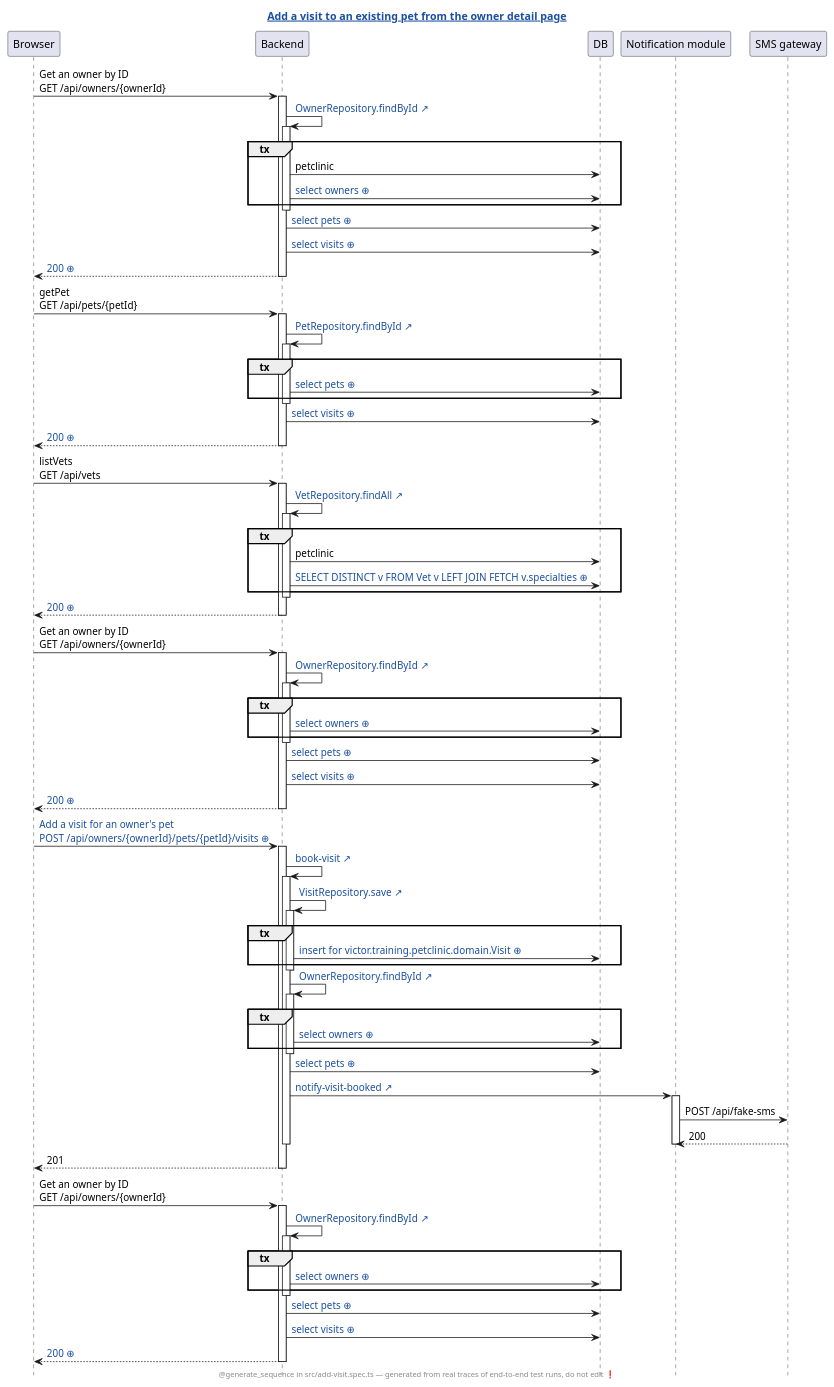
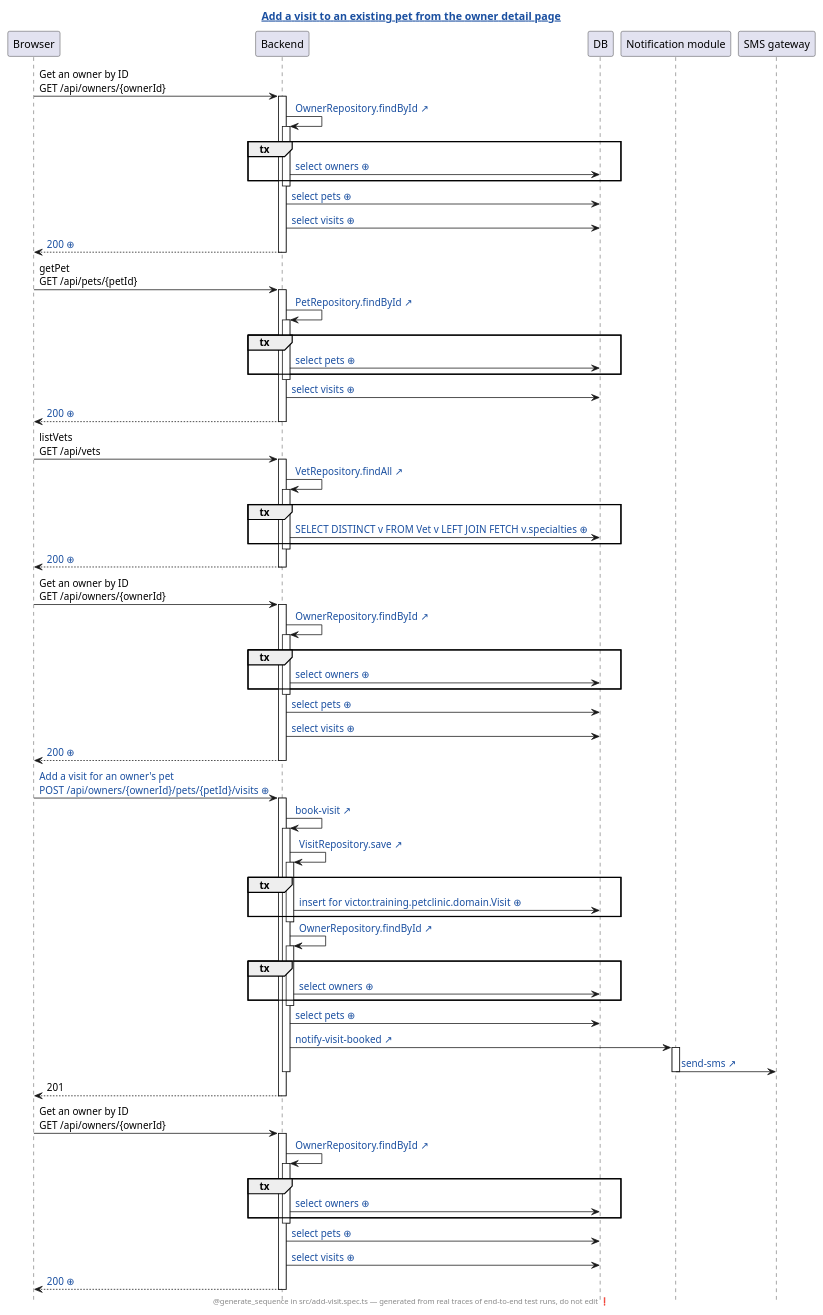
One commit to victorrentea/petclinic changed the diagram in petclinic-test/generated/add-visit.spec.ts.add-a-visit-to-an-existing-pet-from-the-owner-detail-page.genseq.puml. Above: the diagram before and after it, drawn with PlantUML. The commit also changed 9 other files, not shown here.

First line of the commit message:
Redraw the sequences without the empty JDBC arrows

```diff
--- a/petclinic-test/generated/add-visit.spec.ts.add-a-visit-to-an-existing-pet-from-the-owner-detail-page.genseq.puml
+++ b/petclinic-test/generated/add-visit.spec.ts.add-a-visit-to-an-existing-pet-from-the-owner-detail-page.genseq.puml
@@ -1,97 +1,94 @@
 @startuml
 ' ⚠️  GENERATED FILE — DO NOT EDIT. Every edit is lost on the next run.
 hide footbox
 skinparam hyperlinkUnderline false
 skinparam hyperlinkColor #1A4FA0
 title [[src://petclinic-test/src/add-visit.spec.ts:34{Click to open the test} Add a visit to an existing pet from the owner detail page]]
 footer @generate_sequence in src/add-visit.spec.ts — generated from real traces of end-to-end test runs, do not edit ❗
 participant Browser
 participant Backend
 participant DB
 participant "Notification module"
 participant "SMS gateway"
 Browser -> Backend: Get an owner by ID\nGET /api/owners/{ownerId}
 activate Backend
 Backend -> Backend: [[src://petclinic-backend/src/main/java/victor/training/petclinic/repository/OwnerRepository.java:14{Click to open OwnerRepository.findById} OwnerRepository.findById ↗]]
 activate Backend
 group tx
-Backend -> DB: petclinic
 Backend -> DB: [[genseq://0x8aana{Click for the statement behind this call} select owners ⊕]]
 end
 deactivate Backend
 Backend -> DB: [[genseq://18567ho{Click for the statement behind this call} select pets ⊕]]
 Backend -> DB: [[genseq://1eq1h2q{Click for the statement behind this call} select visits ⊕]]
-Backend --> Browser: [[genseq://0meh876{Click for this call’s JSON body} 200 ⊕]]
+Backend --> Browser: [[genseq://0tvg3tn{Click for this call’s JSON body} 200 ⊕]]
 deactivate Backend
 Browser -> Backend: getPet\nGET /api/pets/{petId}
 activate Backend
 Backend -> Backend: [[src://petclinic-backend/src/main/java/victor/training/petclinic/repository/PetRepository.java:16{Click to open PetRepository.findById} PetRepository.findById ↗]]
 activate Backend
 group tx
 Backend -> DB: [[genseq://0y7w2ps{Click for the statement behind this call} select pets ⊕]]
 end
 deactivate Backend
 Backend -> DB: [[genseq://1eq1h2q{Click for the statement behind this call} select visits ⊕]]
-Backend --> Browser: [[genseq://1bsqqcg{Click for this call’s JSON body} 200 ⊕]]
+Backend --> Browser: [[genseq://0ts0dcp{Click for this call’s JSON body} 200 ⊕]]
 deactivate Backend
 Browser -> Backend: listVets\nGET /api/vets
 activate Backend
 Backend -> Backend: [[src://petclinic-backend/src/main/java/victor/training/petclinic/repository/VetRepository.java:12{Click to open VetRepository.findAll} VetRepository.findAll ↗]]
 activate Backend
 group tx
-Backend -> DB: petclinic
 Backend -> DB: [[genseq://0p6yxbc{Click for the statement behind this call} SELECT DISTINCT v FROM Vet v LEFT JOIN FETCH v.specialties ⊕]]
 end
 deactivate Backend
 Backend --> Browser: [[genseq://1nmg2oo{Click for this call’s JSON body} 200 ⊕]]
 deactivate Backend
 Browser -> Backend: Get an owner by ID\nGET /api/owners/{ownerId}
 activate Backend
 Backend -> Backend: [[src://petclinic-backend/src/main/java/victor/training/petclinic/repository/OwnerRepository.java:14{Click to open OwnerRepository.findById} OwnerRepository.findById ↗]]
 activate Backend
 group tx
 Backend -> DB: [[genseq://0x8aana{Click for the statement behind this call} select owners ⊕]]
 end
 deactivate Backend
 Backend -> DB: [[genseq://18567ho{Click for the statement behind this call} select pets ⊕]]
 Backend -> DB: [[genseq://1eq1h2q{Click for the statement behind this call} select visits ⊕]]
-Backend --> Browser: [[genseq://1dntyok{Click for this call’s JSON body} 200 ⊕]]
+Backend --> Browser: [[genseq://0tvg3tn{Click for this call’s JSON body} 200 ⊕]]
 deactivate Backend
-Browser -> Backend: [[genseq://0c9fz5h{Click for this call’s JSON body} Add a visit for an owner's pet\nPOST /api/owners/{ownerId}/pets/{petId}/visits ⊕]]
+Browser -> Backend: [[genseq://06reo0d{Click for this call’s JSON body} Add a visit for an owner's pet\nPOST /api/owners/{ownerId}/pets/{petId}/visits ⊕]]
 activate Backend
 Backend -> Backend: [[src://petclinic-backend/src/main/java/victor/training/petclinic/rest/OwnerRestController.java:191{Click to open OwnerRestController.bookVisit} book-visit ↗]]
 activate Backend
 Backend -> Backend: [[src://petclinic-backend/src/main/java/victor/training/petclinic/repository/VisitRepository.java:14{Click to open VisitRepository.save} VisitRepository.save ↗]]
 activate Backend
 group tx
-Backend -> DB: [[genseq://055v36x{Click for the statement behind this call} insert for victor.training.petclinic.domain.Visit ⊕]]
+Backend -> DB: [[genseq://0mgbrlu{Click for the statement behind this call} insert for victor.training.petclinic.domain.Visit ⊕]]
 end
 deactivate Backend
 Backend -> Backend: [[src://petclinic-backend/src/main/java/victor/training/petclinic/repository/OwnerRepository.java:14{Click to open OwnerRepository.findById} OwnerRepository.findById ↗]]
 activate Backend
 group tx
 Backend -> DB: [[genseq://0x8aana{Click for the statement behind this call} select owners ⊕]]
 end
 deactivate Backend
 Backend -> DB: [[genseq://18567ho{Click for the statement behind this call} select pets ⊕]]
-Backend -> "Notification module": [[src://petclinic-backend/src/main/java/victor/training/petclinic/notification/FakeSmsNotificationSender.java:64{Click to open FakeSmsNotificationSender.visitBooked} notify-visit-booked ↗]]
+Backend -> "Notification module": [[src://petclinic-backend/src/main/java/victor/training/petclinic/notification/FakeSmsNotificationSender.java:45{Click to open FakeSmsNotificationSender.visitBooked} notify-visit-booked ↗]]
 activate "Notification module"
-"Notification module" -> "SMS gateway": POST /api/fake-sms
-"SMS gateway" --> "Notification module": 200
+"Notification module" -> "SMS gateway": [[src://petclinic-backend/src/main/java/victor/training/petclinic/notification/FakeSmsNotificationSender.java:47{Click to open FakeSmsNotificationSender.sendSms} send-sms ↗]]
 deactivate "Notification module"
 deactivate Backend
 Backend --> Browser: 201
 deactivate Backend
 Browser -> Backend: Get an owner by ID\nGET /api/owners/{ownerId}
 activate Backend
 Backend -> Backend: [[src://petclinic-backend/src/main/java/victor/training/petclinic/repository/OwnerRepository.java:14{Click to open OwnerRepository.findById} OwnerRepository.findById ↗]]
 activate Backend
 group tx
 Backend -> DB: [[genseq://0x8aana{Click for the statement behind this call} select owners ⊕]]
 end
 deactivate Backend
 Backend -> DB: [[genseq://18567ho{Click for the statement behind this call} select pets ⊕]]
 Backend -> DB: [[genseq://1eq1h2q{Click for the statement behind this call} select visits ⊕]]
-Backend --> Browser: [[genseq://03yep3v{Click for this call’s JSON body} 200 ⊕]]
+Backend --> Browser: [[genseq://0ilsnr9{Click for this call’s JSON body} 200 ⊕]]
 deactivate Backend
 @enduml
```
